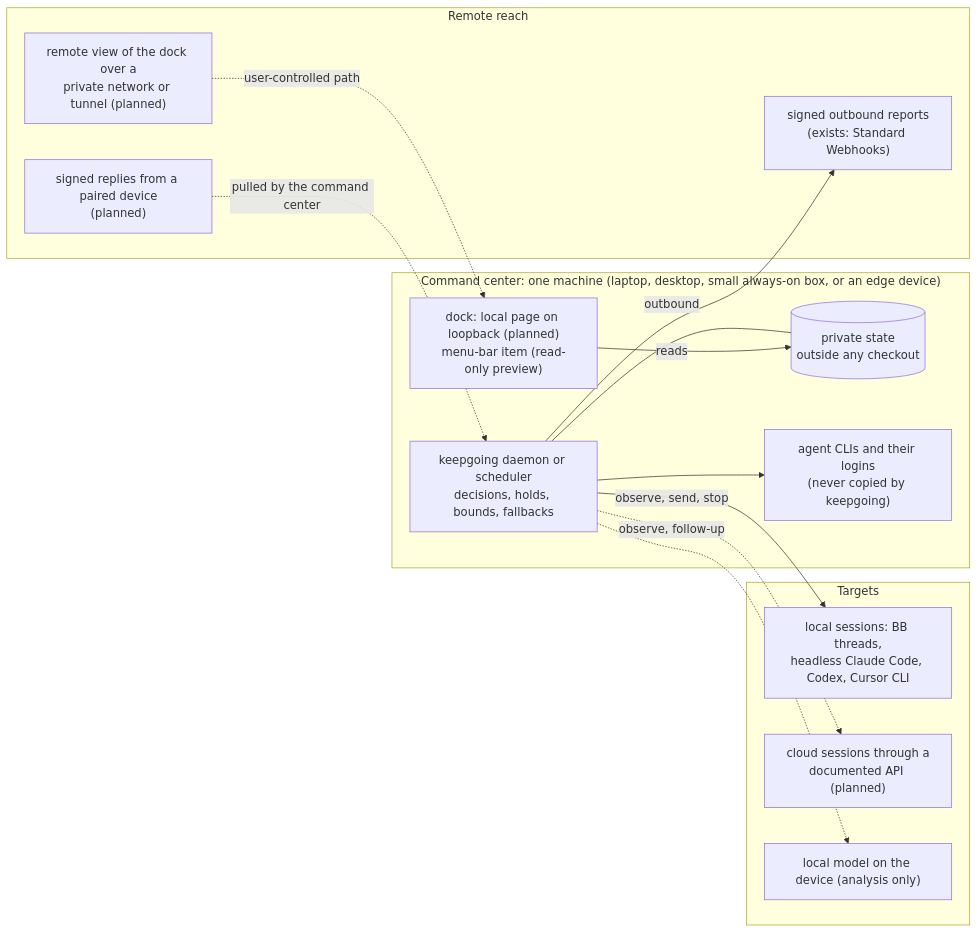
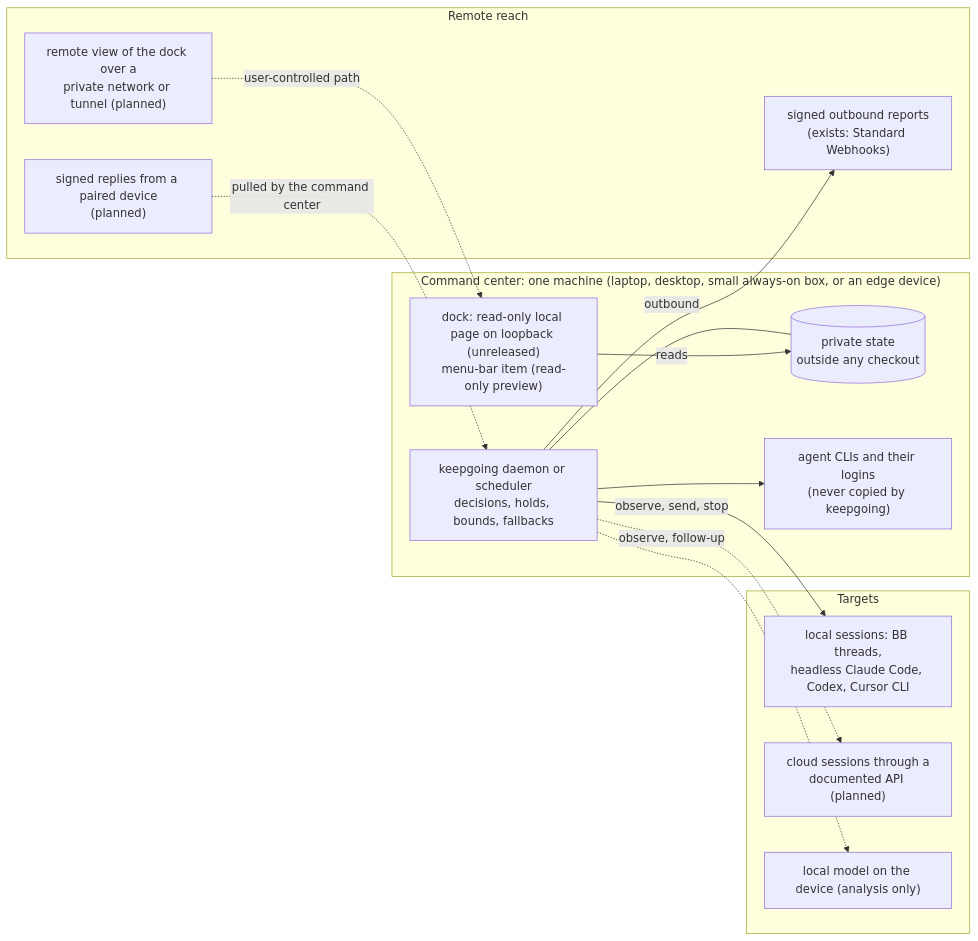
Before and after one commit to connorburgess/keepgoing-agents: the diagram in docs/command-center.md, drawn with Mermaid. The commit also changed other lines of this file, not shown here.

First line of the commit message:
docs(command-center): the read-only panel page now exists in unreleased source

````diff
--- a/docs/command-center.md
+++ b/docs/command-center.md
@@ -13,28 +13,28 @@
 ```mermaid
 flowchart LR
   subgraph CC["Command center: one machine (laptop, desktop, small always-on box, or an edge device)"]
     KG["keepgoing daemon or scheduler<br/>decisions, holds, bounds, fallbacks"]
     ST[("private state<br/>outside any checkout")]
     LOGIN["agent CLIs and their logins<br/>(never copied by keepgoing)"]
-    DOCK["dock: local page on loopback (planned)<br/>menu-bar item (read-only preview)"]
+    DOCK["dock: read-only local page on loopback (unreleased)<br/>menu-bar item (read-only preview)"]
     KG --- ST
     KG --> LOGIN
     DOCK -->|reads| ST
   end
   subgraph T["Targets"]
     LOCAL["local sessions: BB threads,<br/>headless Claude Code, Codex, Cursor CLI"]
     CLOUD["cloud sessions through a<br/>documented API (planned)"]
     LM["local model on the device (analysis only)"]
   end
   KG -->|observe, send, stop| LOCAL
   KG -.->|observe, follow-up| CLOUD
   KG -.-> LM
   subgraph R["Remote reach"]
     REP["signed outbound reports<br/>(exists: Standard Webhooks)"]
     VIEW["remote view of the dock over a<br/>private network or tunnel (planned)"]
     REPLY["signed replies from a paired device<br/>(planned)"]
   end
   KG -->|outbound| REP
   VIEW -.->|user-controlled path| DOCK
   REPLY -.->|pulled by the command center| KG
 ```
````
